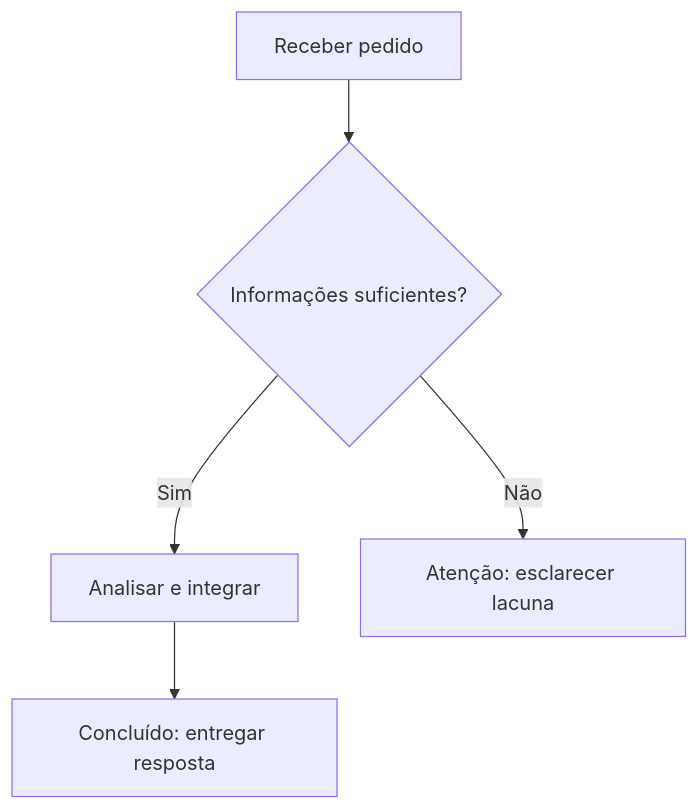
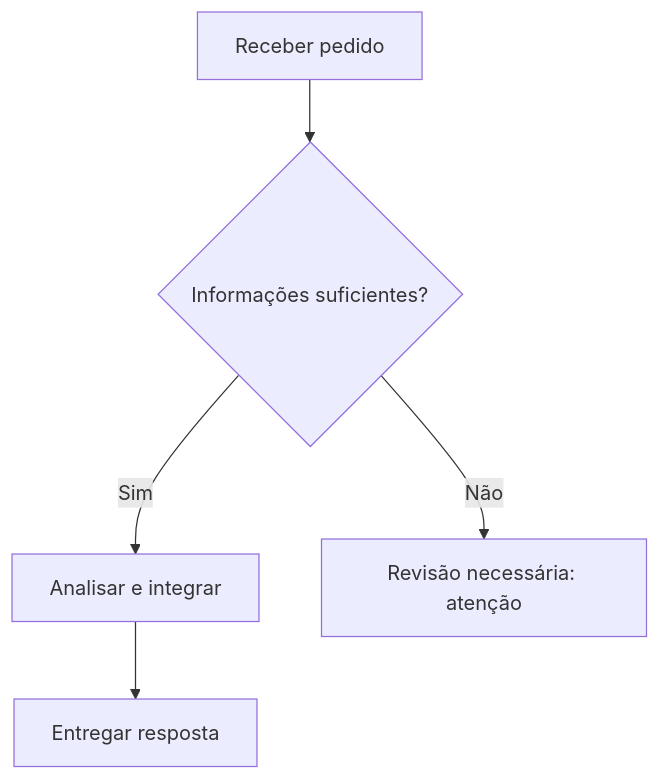
One commit to wilkermaa/axipesquisa changed the diagram in skill/axipesquisa/references/EDICAO-E-CULTURA.md. Above: the diagram before and after it, drawn with Mermaid. The commit also changed other lines of this file and 12 other files, not shown here.

````diff
--- a/skill/axipesquisa/references/EDICAO-E-CULTURA.md
+++ b/skill/axipesquisa/references/EDICAO-E-CULTURA.md
@@ -34,7 +43,7 @@
 ```mermaid
 flowchart TD
     A[Receber pedido] --> B{Informações suficientes?}
     B -- Sim --> C[Analisar e integrar]
-    B -- Não --> D[Atenção: esclarecer lacuna]
-    C --> E[Concluído: entregar resposta]
+    B -- Não --> D[Revisão necessária: atenção]
+    C --> E[Entregar resposta]
 ```
````
